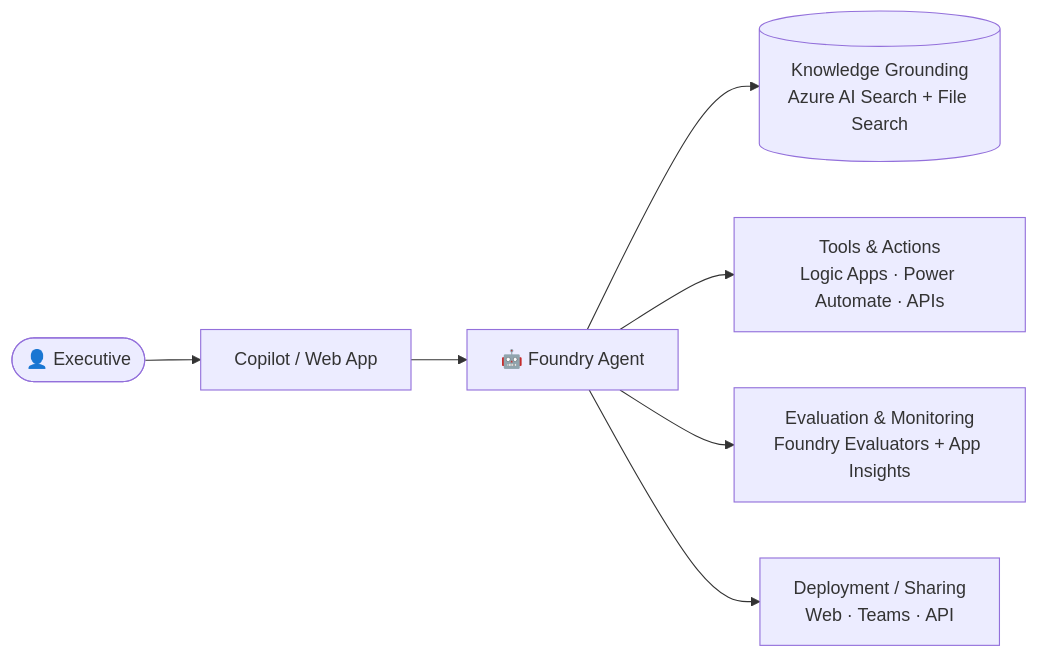
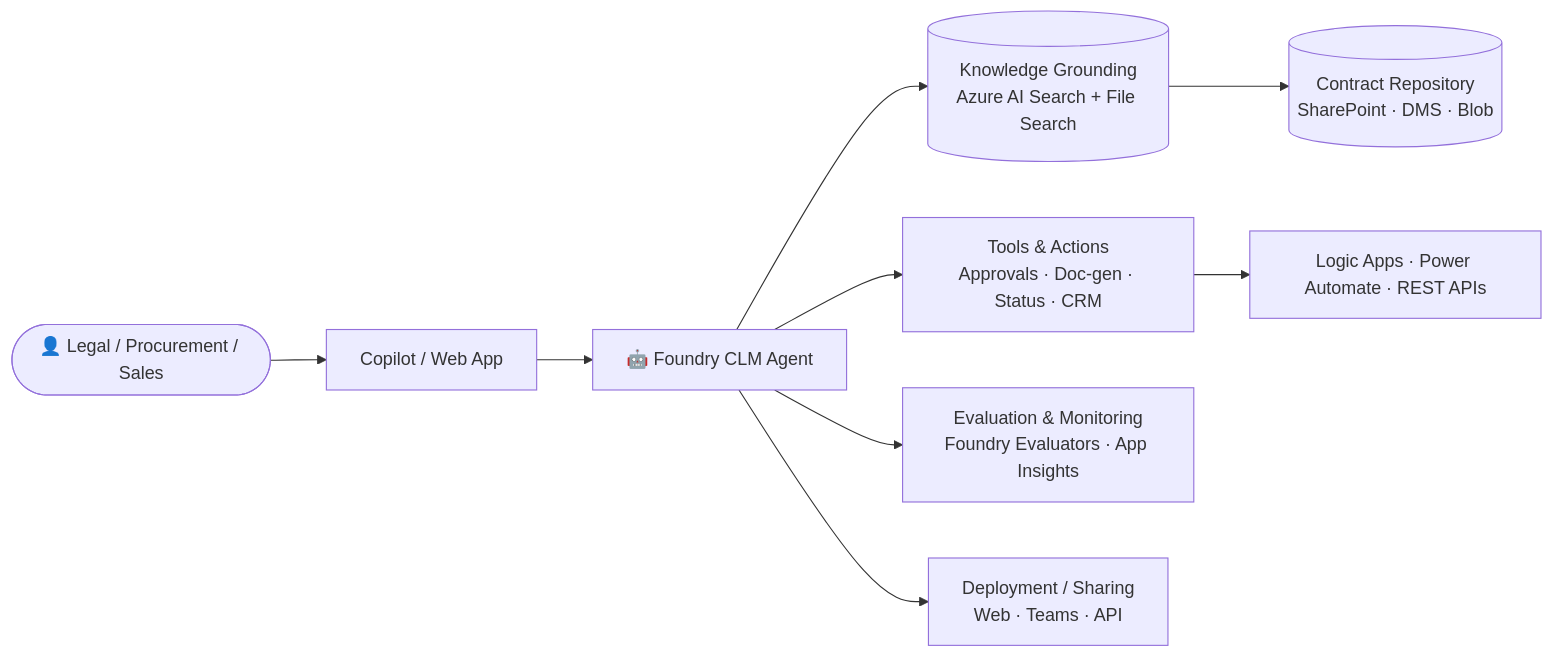
Before and after one commit to priyanka405/MS-Foundry-Microhack: the first of 2 diagrams in README.md, drawn with Mermaid. The commit also changed other lines of this file and 9 other files, not shown here.

Commit message:
Refactor: Executive Assistant -> Contract Lifecycle Management (CLM) Agent MicroHack

````diff
--- a/README.md
+++ b/README.md
@@ -53,9 +45,11 @@
 ```mermaid
 flowchart LR
-    U([👤 Executive]) --> Entry[Copilot / Web App]
-    Entry --> Agent[🤖 Foundry Agent]
+    U([👤 Legal / Procurement / Sales]) --> Entry[Copilot / Web App]
+    Entry --> Agent[🤖 Foundry CLM Agent]
     Agent --> KG[(Knowledge Grounding<br/>Azure AI Search + File Search)]
-    Agent --> Tools[Tools & Actions<br/>Logic Apps · Power Automate · APIs]
-    Agent --> Eval[Evaluation & Monitoring<br/>Foundry Evaluators + App Insights]
+    KG --> Repo[(Contract Repository<br/>SharePoint · DMS · Blob)]
+    Agent --> Tools[Tools & Actions<br/>Approvals · Doc-gen · Status · CRM]
+    Tools --> Flows[Logic Apps · Power Automate · REST APIs]
+    Agent --> Eval[Evaluation & Monitoring<br/>Foundry Evaluators · App Insights]
     Agent --> Deploy[Deployment / Sharing<br/>Web · Teams · API]
 ```
````
